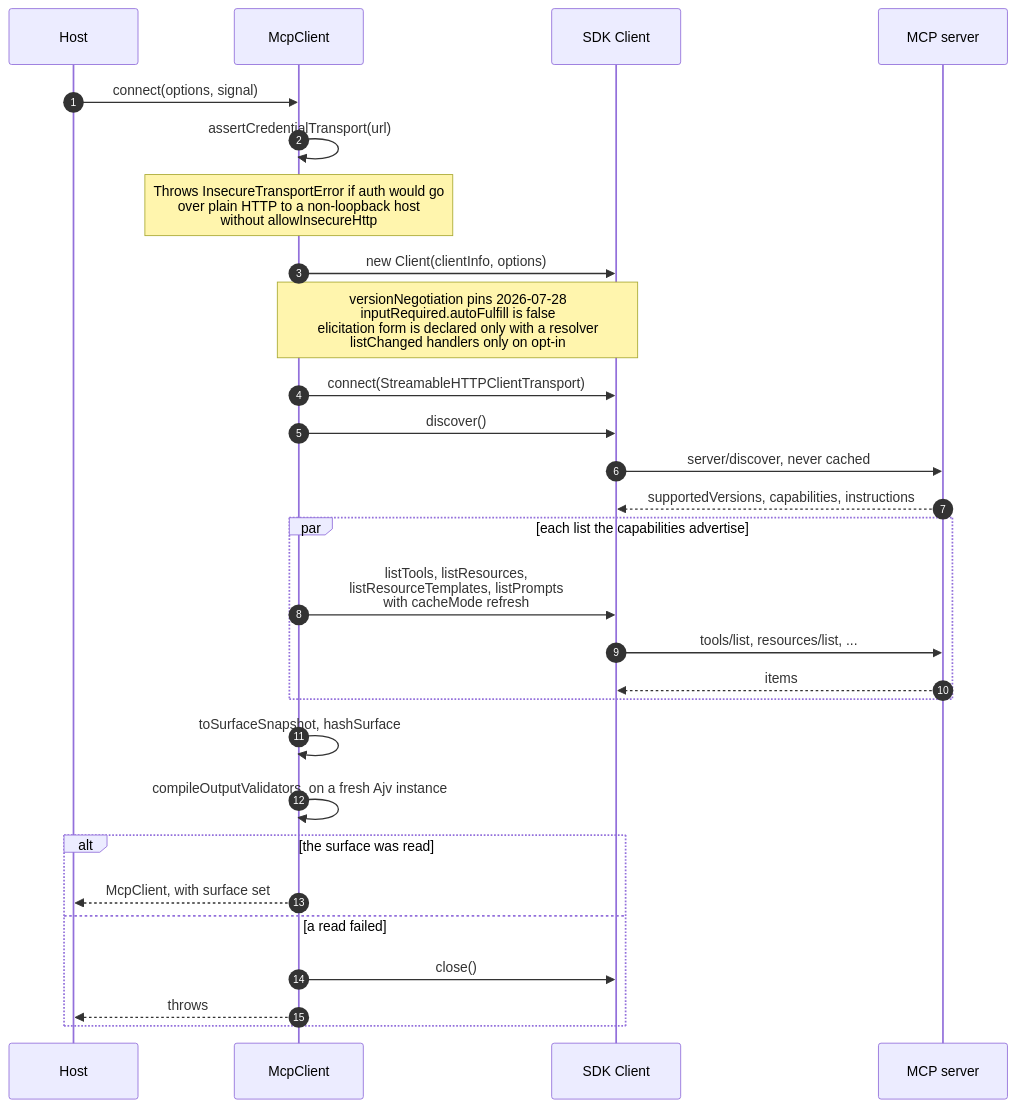
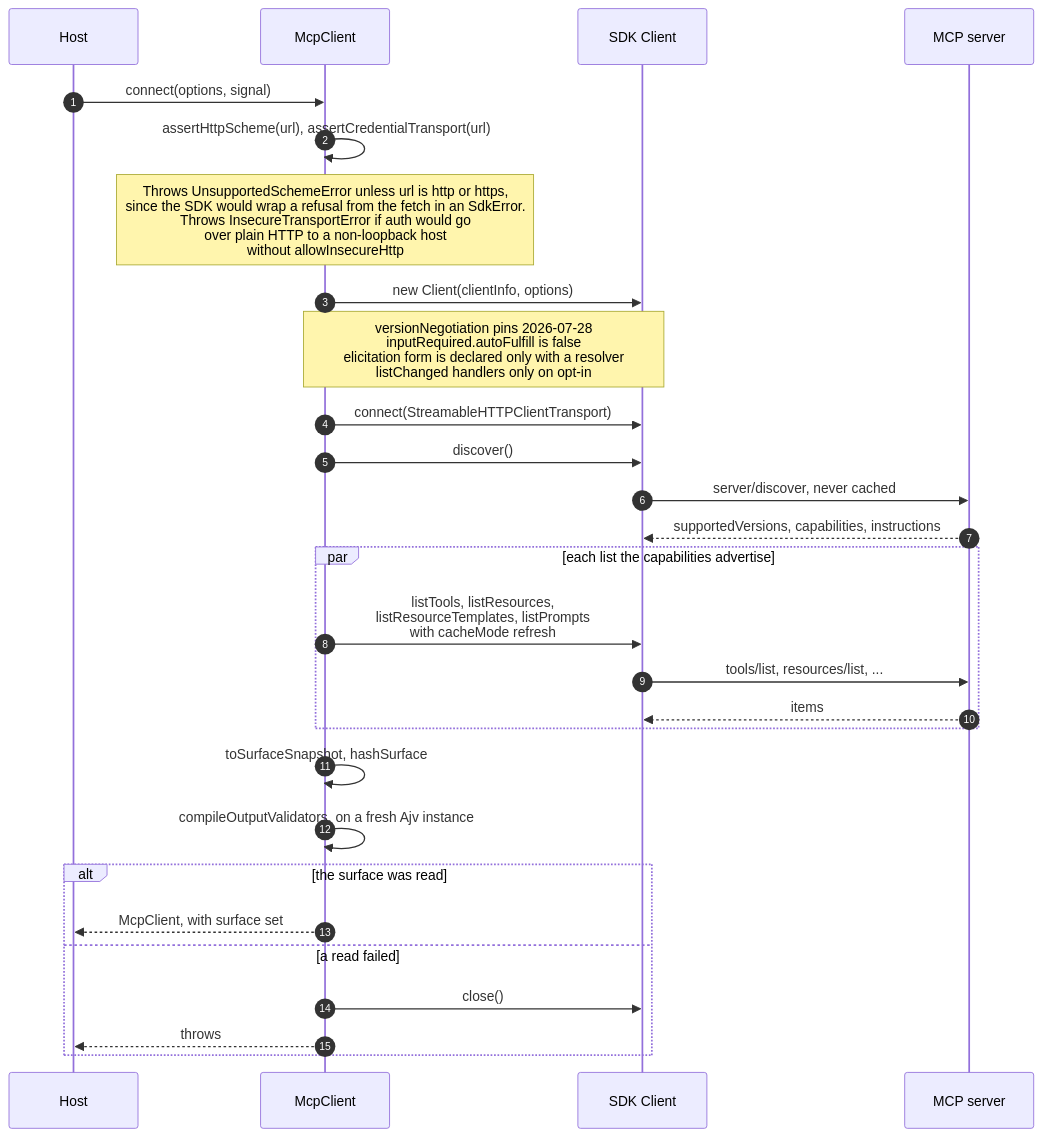
The second of 9 diagrams in modules/mcp-client/docs/architecture.md (oicr-softeng/conversational-research-environment), drawn with Mermaid before and after one commit. The commit also changed other lines of this file and 21 other files, not shown here.

````diff
--- a/modules/mcp-client/docs/architecture.md
+++ b/modules/mcp-client/docs/architecture.md
@@ -60,31 +64,31 @@
 ```mermaid
 sequenceDiagram
     autonumber
     participant H as Host
     participant C as McpClient
     participant S as SDK Client
     participant M as MCP server
 
     H->>C: connect(options, signal)
-    C->>C: assertCredentialTransport(url)
-    Note over C: Throws InsecureTransportError if auth would go<br/>over plain HTTP to a non-loopback host<br/>without allowInsecureHttp
+    C->>C: assertHttpScheme(url), assertCredentialTransport(url)
+    Note over C: Throws UnsupportedSchemeError unless url is http or https,<br/>since the SDK would wrap a refusal from the fetch in an SdkError.<br/>Throws InsecureTransportError if auth would go<br/>over plain HTTP to a non-loopback host<br/>without allowInsecureHttp
     C->>S: new Client(clientInfo, options)
     Note over C,S: versionNegotiation pins 2026-07-28<br/>inputRequired.autoFulfill is false<br/>elicitation form is declared only with a resolver<br/>listChanged handlers only on opt-in
     C->>S: connect(StreamableHTTPClientTransport)
     C->>S: discover()
     S->>M: server/discover, never cached
     M-->>S: supportedVersions, capabilities, instructions
     par each list the capabilities advertise
         C->>S: listTools, listResources,<br/>listResourceTemplates, listPrompts<br/>with cacheMode refresh
         S->>M: tools/list, resources/list, ...
         M-->>S: items
     end
     C->>C: toSurfaceSnapshot, hashSurface
     C->>C: compileOutputValidators, on a fresh Ajv instance
     alt the surface was read
         C-->>H: McpClient, with surface set
     else a read failed
         C->>S: close()
         C-->>H: throws
     end
 ```
````
